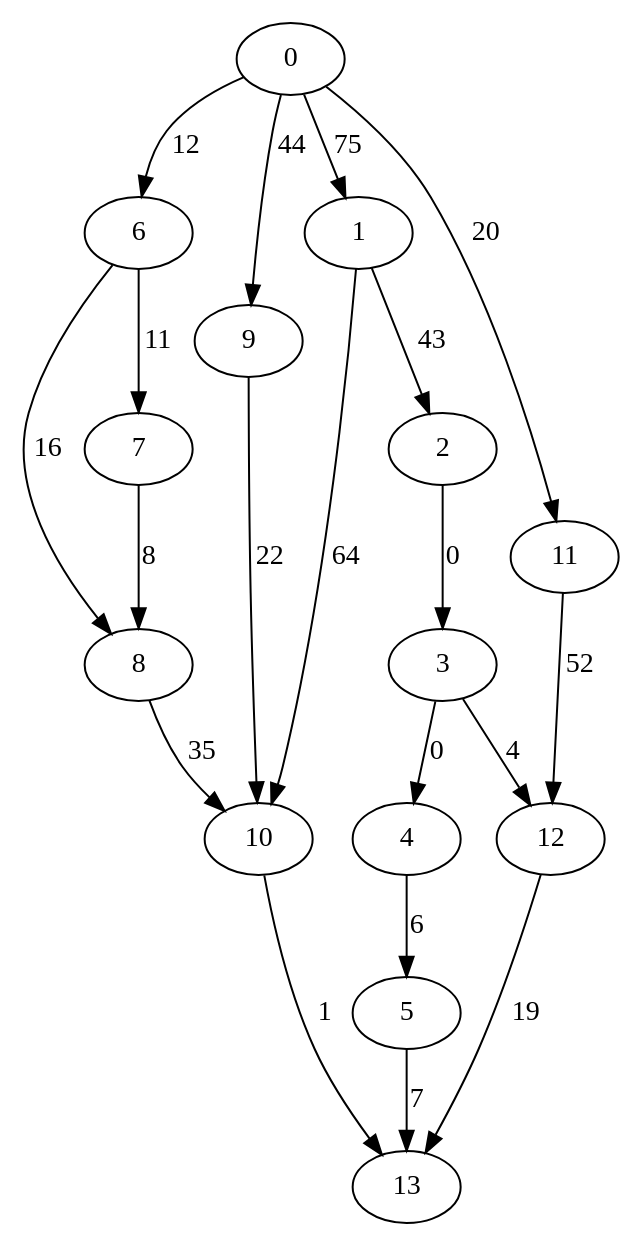
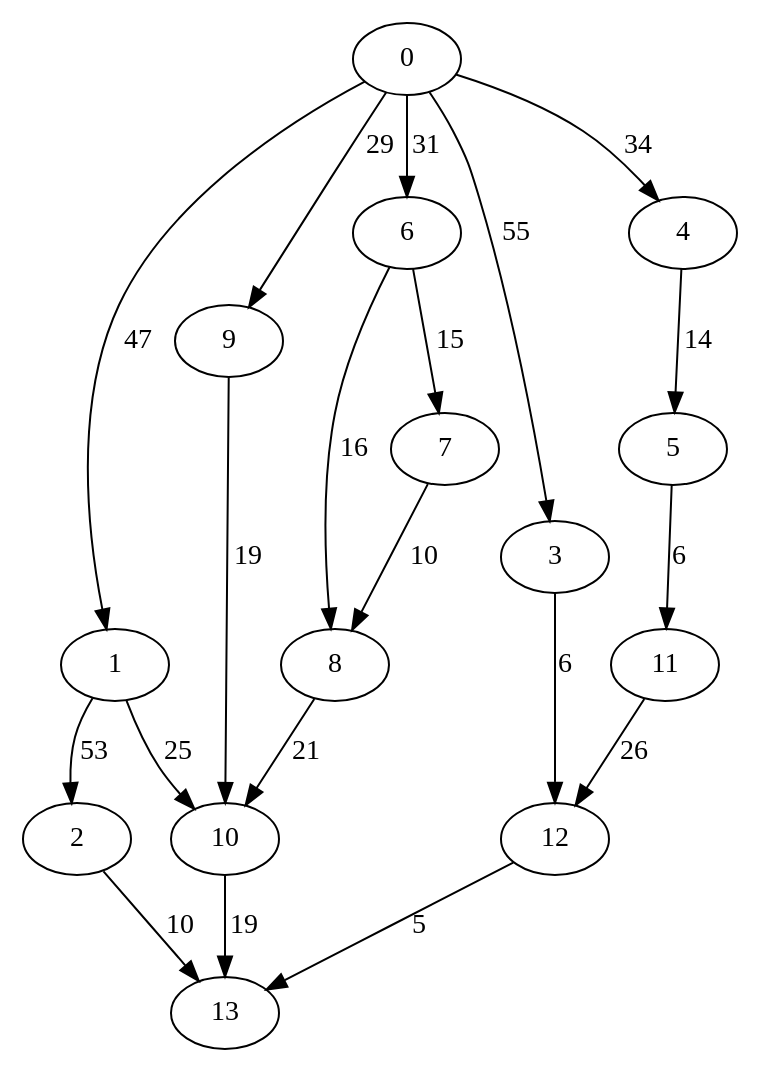
One commit to asaloniti/DagScheduling_old changed the diagram in dotfiles/data5.dot. Above: the diagram before and after it, drawn with Graphviz. The commit also changed 26 other files, not shown here.

```diff
--- a/dotfiles/data5.dot
+++ b/dotfiles/data5.dot
@@ -1,21 +1,21 @@
 digraph data5 {
-0 -> 1 [ label = 75 ];
-0 -> 6 [ label = 12 ];
-0 -> 9 [ label = 44 ];
-0 -> 11 [ label = 20 ];
-1 -> 2 [ label = 43 ];
-1 -> 10 [ label = 64 ];
-2 -> 3 [ label = 0 ];
-3 -> 4 [ label = 0 ];
-3 -> 12 [ label = 4 ];
-4 -> 5 [ label = 6 ];
-5 -> 13 [ label = 7 ];
-6 -> 7 [ label = 11 ];
+0 -> 1 [ label = 47 ];
+0 -> 3 [ label = 55 ];
+0 -> 4 [ label = 34 ];
+0 -> 6 [ label = 31 ];
+0 -> 9 [ label = 29 ];
+1 -> 2 [ label = 53 ];
+1 -> 10 [ label = 25 ];
+2 -> 13 [ label = 10 ];
+3 -> 12 [ label = 6 ];
+4 -> 5 [ label = 14 ];
+5 -> 11 [ label = 6 ];
+6 -> 7 [ label = 15 ];
 6 -> 8 [ label = 16 ];
-7 -> 8 [ label = 8 ];
-8 -> 10 [ label = 35 ];
-9 -> 10 [ label = 22 ];
-10 -> 13 [ label = 1 ];
-11 -> 12 [ label = 52 ];
-12 -> 13 [ label = 19 ];
+7 -> 8 [ label = 10 ];
+8 -> 10 [ label = 21 ];
+9 -> 10 [ label = 19 ];
+10 -> 13 [ label = 19 ];
+11 -> 12 [ label = 26 ];
+12 -> 13 [ label = 5 ];
  }
```
